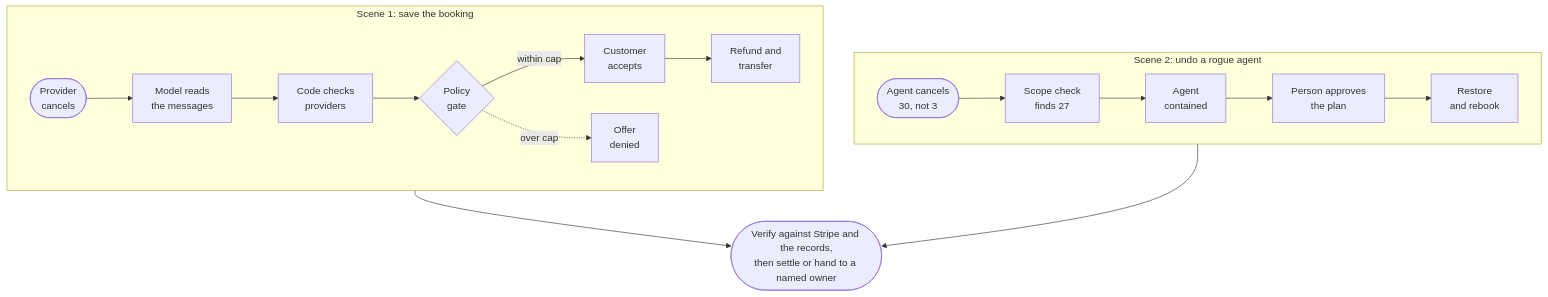
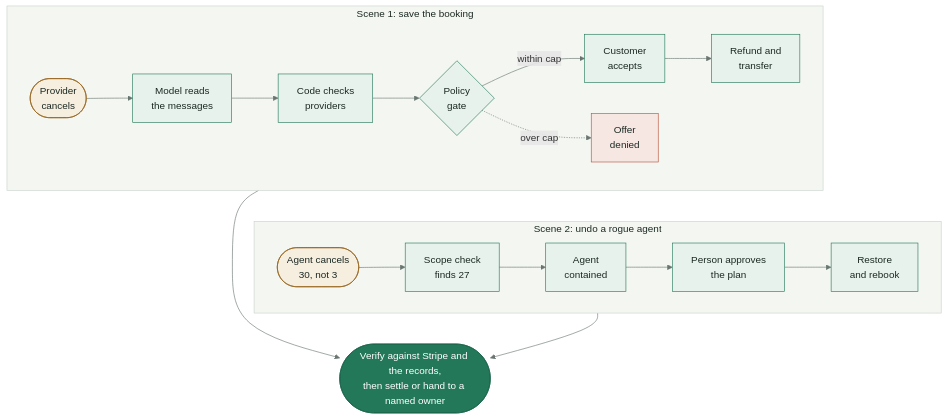
Before and after one commit to Chee19/arch-os: the first of 3 diagrams in README.md, drawn with Mermaid. The commit also changed other lines of this file and 1 other file, not shown here.

Commit message:
docs: add the ArchOS logo and brand the README diagrams

````diff
--- a/README.md
+++ b/README.md
@@ -63,17 +63,30 @@
 ```mermaid
 flowchart TB
   subgraph rescue["Scene 1: save the booking"]
     direction LR
     fail(["Provider<br/>cancels"]) --> understand["Model reads<br/>the messages"] --> search["Code checks<br/>providers"] --> gate{"Policy<br/>gate"}
     gate -- "within cap" --> consent["Customer<br/>accepts"] --> money["Refund and<br/>transfer"]
     gate -. "over cap" .-> denied["Offer<br/>denied"]
   end
 
   subgraph recover["Scene 2: undo a rogue agent"]
     direction LR
     rogue(["Agent cancels<br/>30, not 3"]) --> detect["Scope check<br/>finds 27"] --> contain["Agent<br/>contained"] --> approve["Person approves<br/>the plan"] --> restore["Restore<br/>and rebook"]
   end
 
+  rescue ~~~ recover
   rescue --> verify(["Verify against Stripe and the records,<br/>then settle or hand to a named owner"])
   recover --> verify
+
+  classDef trigger fill:#f6eedf,stroke:#956018,color:#1c2923
+  classDef step fill:#e7f2ec,stroke:#23785a,color:#1c2923
+  classDef stop fill:#f7e7e3,stroke:#b84f3c,color:#1c2923
+  classDef done fill:#23785a,stroke:#1b6349,color:#ffffff
+  class fail,rogue trigger
+  class understand,search,gate,consent,money,detect,contain,approve,restore step
+  class denied stop
+  class verify done
+  style rescue fill:#f4f6f1,stroke:#c9d3cd,color:#1c2923
+  style recover fill:#f4f6f1,stroke:#c9d3cd,color:#1c2923
+  linkStyle default stroke:#687570
 ```
````
